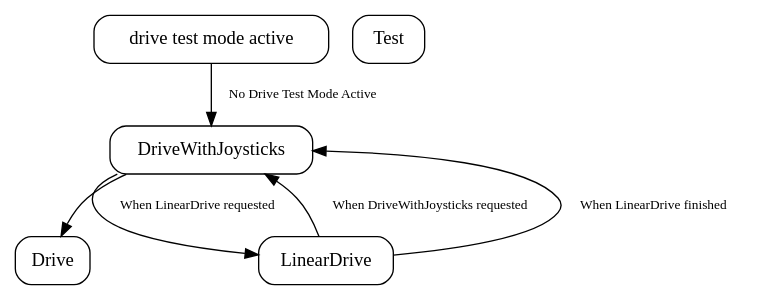
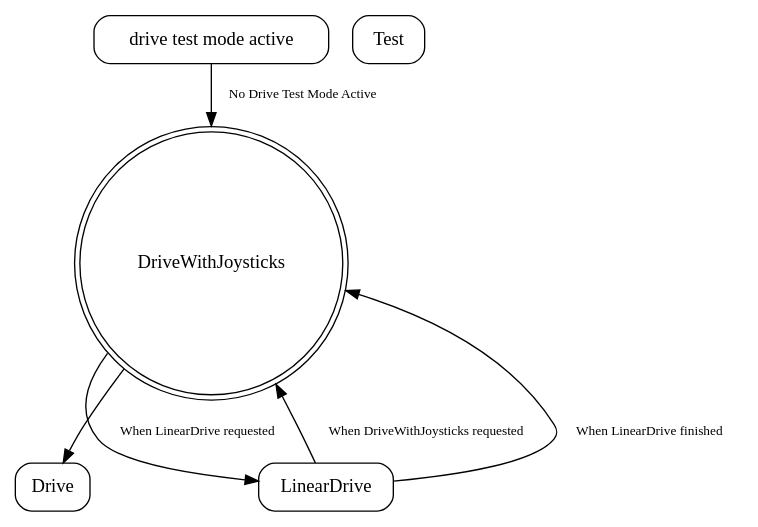
Before and after one commit to team401/2026-Robot-Code: the diagram in state_machine_graphs/drive.dot, drawn with Graphviz. The commit also changed 6 other files, not shown here.

Commit message:
(#80) regenerate state machine graphs

```diff
--- a/state_machine_graphs/drive.dot
+++ b/state_machine_graphs/drive.dot
@@ -1,31 +1,31 @@
 digraph {
 
   // Graphviz Format settings
 
   node [
     shape=box,
     style=rounded
   ];
 
   edge [
     fontsize=10
   ];
 
 
   // States
 
-  DriveWithJoysticks ;
+  DriveWithJoysticks [shape=doublecircle];
   Drive Test Mode ;
   LinearDrive ;
 
   // Transitions
 
   DriveWithJoysticks -> LinearDrive [label="When LinearDrive requested"];
   DriveWithJoysticks -> Drive Test Mode [label="drive test mode active"];
 
   Drive Test Mode -> DriveWithJoysticks [label="No Drive Test Mode Active"];
 
   LinearDrive -> DriveWithJoysticks [label="When DriveWithJoysticks requested"];
   LinearDrive -> DriveWithJoysticks [label="When LinearDrive finished"];
 
 }
```
